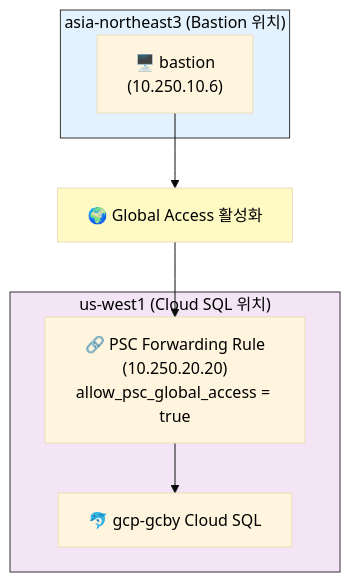
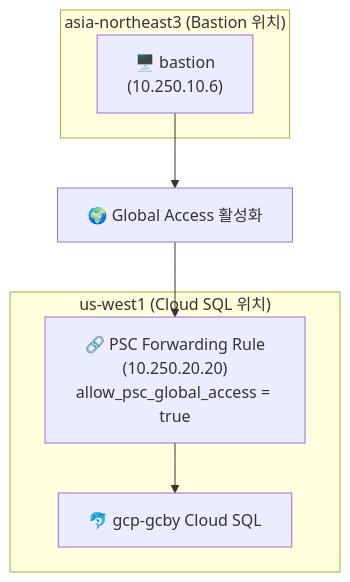
Before and after one commit to JSJ2337/GCP_terraform_code: the eighth of 9 diagrams in terraform_gcp_infra/docs/architecture/network-design.md, drawn with Mermaid. The commit also changed other lines of this file and 5 other files, not shown here.

First line of the commit message:
fix: Mermaid 다이어그램 테마를 default로 변경 및 단순화

````diff
--- a/terraform_gcp_infra/docs/architecture/network-design.md
+++ b/terraform_gcp_infra/docs/architecture/network-design.md
@@ -1054,22 +1039,20 @@
 ```mermaid
-%%{init: {'theme': 'base', 'themeVariables': { 'primaryTextColor': '#000000', 'secondaryTextColor': '#000000', 'tertiaryTextColor': '#000000', 'clusterBkg': '#ffffff', 'clusterBorder': '#333333' }}}%%
+%%{init: {'theme': 'default'}}%%
 flowchart TB
     subgraph ASIA["asia-northeast3 (Bastion 위치)"]
         BASTION_G["🖥️ bastion<br/>(10.250.10.6)"]
     end
 
     GLOBAL["🌍 Global Access 활성화"]
 
     subgraph USWEST["us-west1 (Cloud SQL 위치)"]
         PSC_FR["🔗 PSC Forwarding Rule<br/>(10.250.20.20)<br/>allow_psc_global_access = true"]
         SQL_G["🐬 gcp-gcby Cloud SQL"]
     end
 
     BASTION_G --> GLOBAL
     GLOBAL --> PSC_FR
     PSC_FR --> SQL_G
 
-    style ASIA fill:#e3f2fd,color:#000000
-    style USWEST fill:#f3e5f5,color:#000000
-    style GLOBAL fill:#fff9c4
+    style ASIA fill:#e3f2fd    style USWEST fill:#f3e5f5    style GLOBAL fill:#fff9c4
 ```
````
